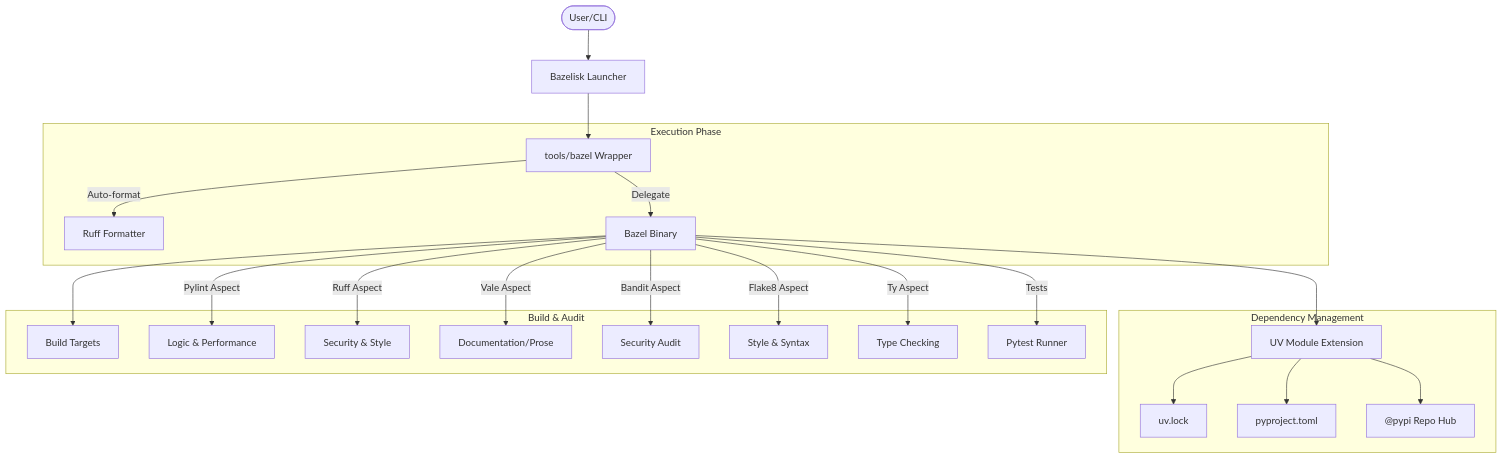
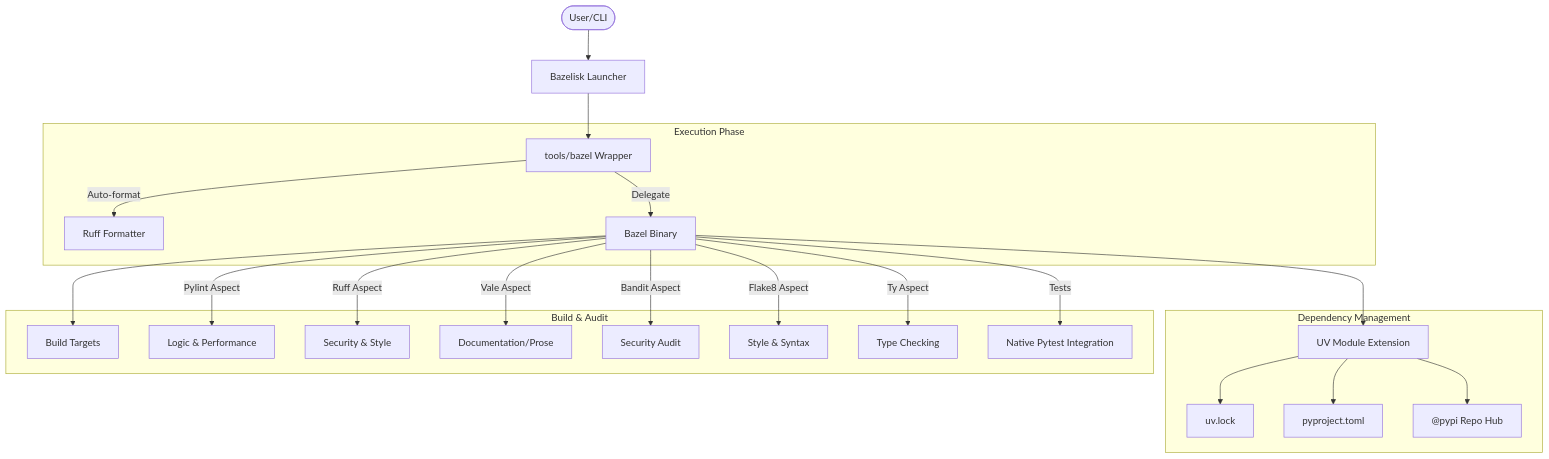
Before and after one commit to craigdbarber/python-aspect-rules: the diagram in build-architecture.md, drawn with Mermaid. The commit also changed 1 other file, not shown here.

Commit message:
docs: update project documentation to reflect current linter and test configuration

````diff
--- a/build-architecture.md
+++ b/build-architecture.md
@@ -15,28 +15,28 @@
 ```mermaid
 flowchart TD
     User(["User/CLI"]) --> Bazelisk["Bazelisk Launcher"]
     Bazelisk --> Wrapper["tools/bazel Wrapper"]
     
     subgraph EXEC ["Execution Phase"]
         Wrapper -->|"Auto-format"| RuffFmt["Ruff Formatter"]
         Wrapper -->|"Delegate"| BazelBin["Bazel Binary"]
     end
     
     subgraph DEP ["Dependency Management"]
         BazelBin --> UVExt["UV Module Extension"]
         UVExt --> UVLock["uv.lock"]
         UVExt --> PyProject["pyproject.toml"]
         UVExt --> Hub["@pypi Repo Hub"]
     end
     
     subgraph AUDIT ["Build & Audit"]
         BazelBin --> Targets["Build Targets"]
         BazelBin -->|"Pylint Aspect"| Pylint["Logic & Performance"]
         BazelBin -->|"Ruff Aspect"| Ruff["Security & Style"]
         BazelBin -->|"Vale Aspect"| ValeAspect["Documentation/Prose"]
         BazelBin -->|"Bandit Aspect"| Bandit["Security Audit"]
         BazelBin -->|"Flake8 Aspect"| Flake8["Style & Syntax"]
         BazelBin -->|"Ty Aspect"| Ty["Type Checking"]
-        BazelBin -->|"Tests"| Pytest["Pytest Runner"]
+        BazelBin -->|"Tests"| Pytest["Native Pytest Integration"]
     end
 ```
````
